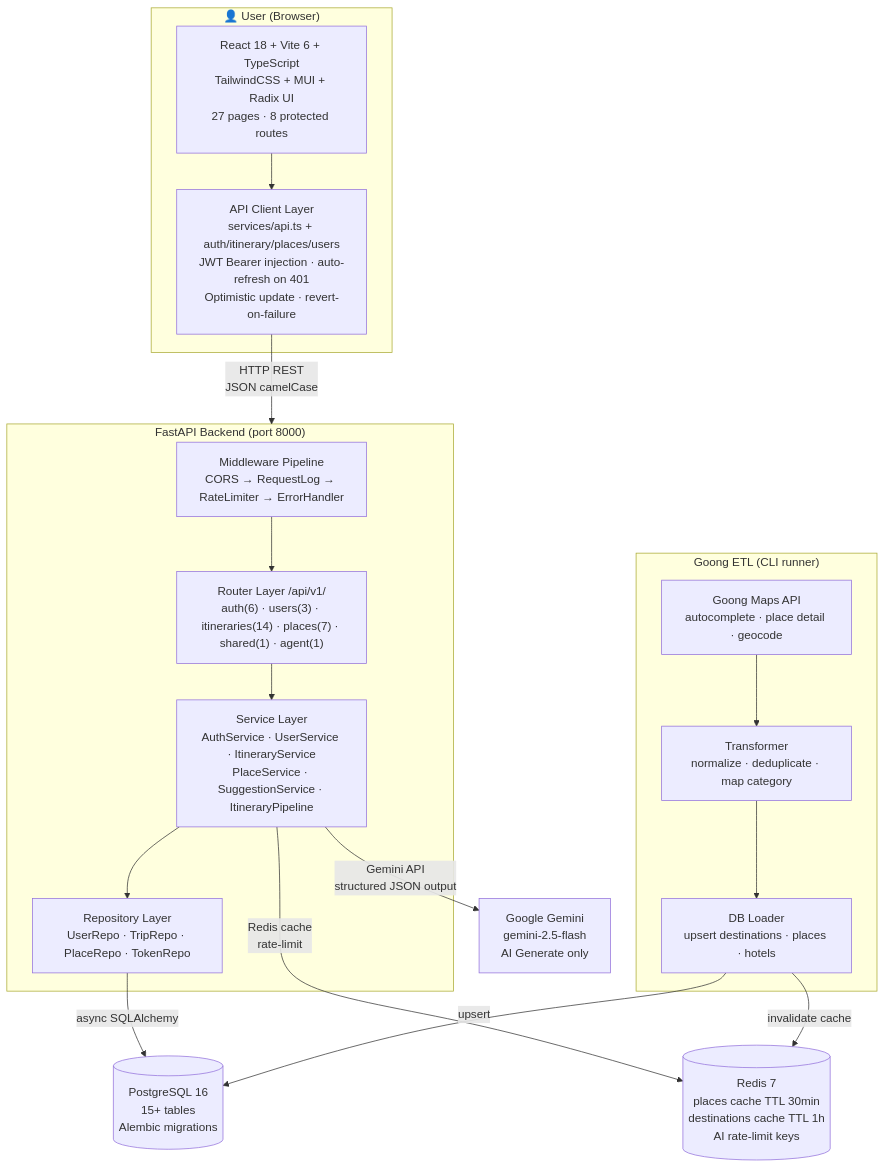
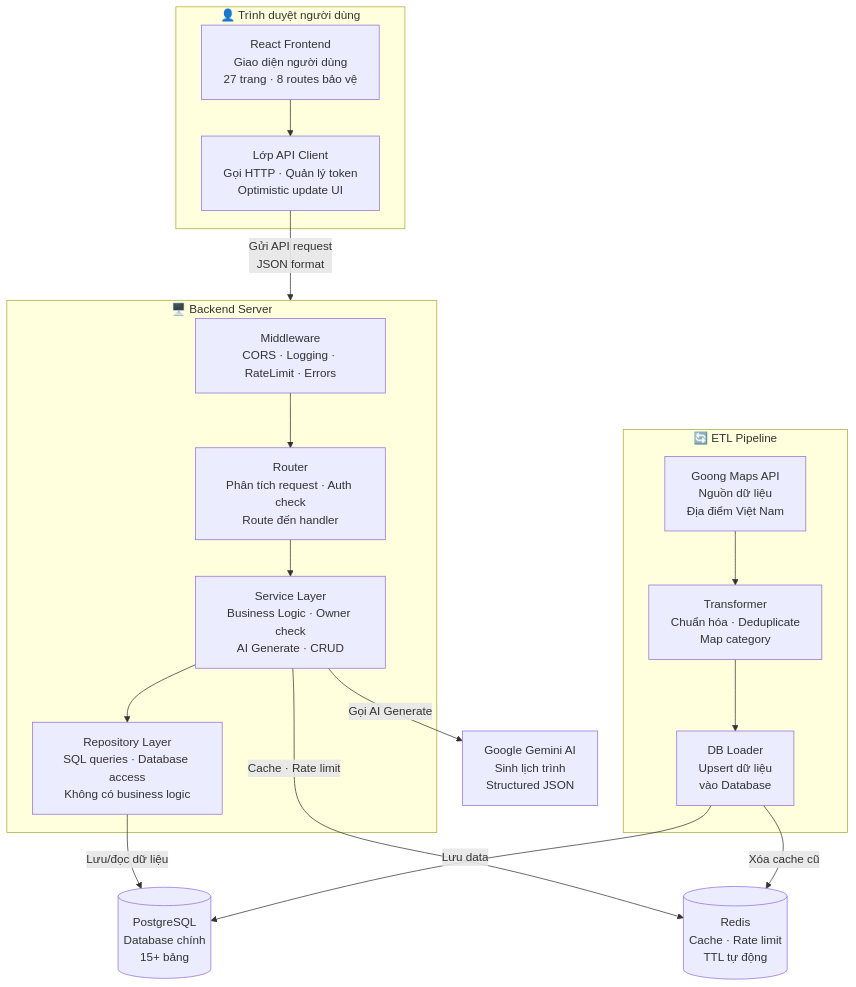
One commit to KhoiBui16/NT208-ai-travel-itinerary-recommendation-system changed the first of 12 diagrams in README.md. Above: the diagram before and after it, drawn with Mermaid. The commit also changed other lines of this file and 96 other files, not shown here.

````diff
--- a/README.md
+++ b/README.md
@@ -170,33 +171,33 @@
 ```mermaid
 graph TB
-    subgraph Browser["👤 User (Browser)"]
-        FE["React 18 + Vite 6 + TypeScript<br/>TailwindCSS + MUI + Radix UI<br/>27 pages · 8 protected routes"]
-        API_CLIENT["API Client Layer<br/>services/api.ts + auth/itinerary/places/users<br/>JWT Bearer injection · auto-refresh on 401<br/>Optimistic update · revert-on-failure"]
+    subgraph Browser["👤 Trình duyệt người dùng"]
+        FE["React Frontend<br/>Giao diện người dùng<br/>27 trang · 8 routes bảo vệ"]
+        API_CLIENT["Lớp API Client<br/>Gọi HTTP · Quản lý token<br/>Optimistic update UI"]
         FE --> API_CLIENT
     end
 
-    API_CLIENT -->|"HTTP REST<br/>JSON camelCase"| BACKEND
+    API_CLIENT -->|"Gửi API request<br/>JSON format"| BACKEND
 
-    subgraph BACKEND["FastAPI Backend (port 8000)"]
-        MW["Middleware Pipeline<br/>CORS → RequestLog → RateLimiter → ErrorHandler"]
-        ROUTER["Router Layer /api/v1/<br/>auth(6) · users(3) · itineraries(14) · places(7) · shared(1) · agent(1)"]
-        SERVICE["Service Layer<br/>AuthService · UserService · ItineraryService<br/>PlaceService · SuggestionService · ItineraryPipeline"]
-        REPO["Repository Layer<br/>UserRepo · TripRepo · PlaceRepo · TokenRepo"]
+    subgraph BACKEND["🖥️ Backend Server"]
+        MW["Middleware<br/>CORS · Logging · RateLimit · Errors"]
+        ROUTER["Router<br/>Phân tích request · Auth check<br/>Route đến handler"]
+        SERVICE["Service Layer<br/>Business Logic · Owner check<br/>AI Generate · CRUD"]
+        REPO["Repository Layer<br/>SQL queries · Database access<br/>Không có business logic"]
         MW --> ROUTER --> SERVICE --> REPO
     end
 
-    REPO -->|"async SQLAlchemy"| PG[("PostgreSQL 16<br/>15+ tables<br/>Alembic migrations")]
-    SERVICE -->|"Redis cache<br/>rate-limit"| REDIS[("Redis 7<br/>places cache TTL 30min<br/>destinations cache TTL 1h<br/>AI rate-limit keys")]
+    REPO -->|"Lưu/đọc dữ liệu"| PG[("PostgreSQL<br/>Database chính<br/>15+ bảng")]
+    SERVICE -->|"Cache · Rate limit"| REDIS[("Redis<br/>Cache · Rate limit<br/>TTL tự động")]
 
-    SERVICE -->|"Gemini API<br/>structured JSON output"| GEMINI["Google Gemini<br/>gemini-2.5-flash<br/>AI Generate only"]
+    SERVICE -->|"Gọi AI Generate"| GEMINI["Google Gemini AI<br/>Sinh lịch trình<br/>Structured JSON"]
 
-    subgraph ETL["Goong ETL (CLI runner)"]
-        GOONG_API["Goong Maps API<br/>autocomplete · place detail · geocode"]
-        TRANSFORM["Transformer<br/>normalize · deduplicate · map category"]
-        LOADER["DB Loader<br/>upsert destinations · places · hotels"]
+    subgraph ETL["🔄 ETL Pipeline"]
+        GOONG_API["Goong Maps API<br/>Nguồn dữ liệu<br/>Địa điểm Việt Nam"]
+        TRANSFORM["Transformer<br/>Chuẩn hóa · Deduplicate<br/>Map category"]
+        LOADER["DB Loader<br/>Upsert dữ liệu<br/>vào Database"]
         GOONG_API --> TRANSFORM --> LOADER
     end
 
-    LOADER -->|"upsert"| PG
-    LOADER -->|"invalidate cache"| REDIS
+    LOADER -->|"Lưu data"| PG
+    LOADER -->|"Xóa cache cũ"| REDIS
 ```
````
